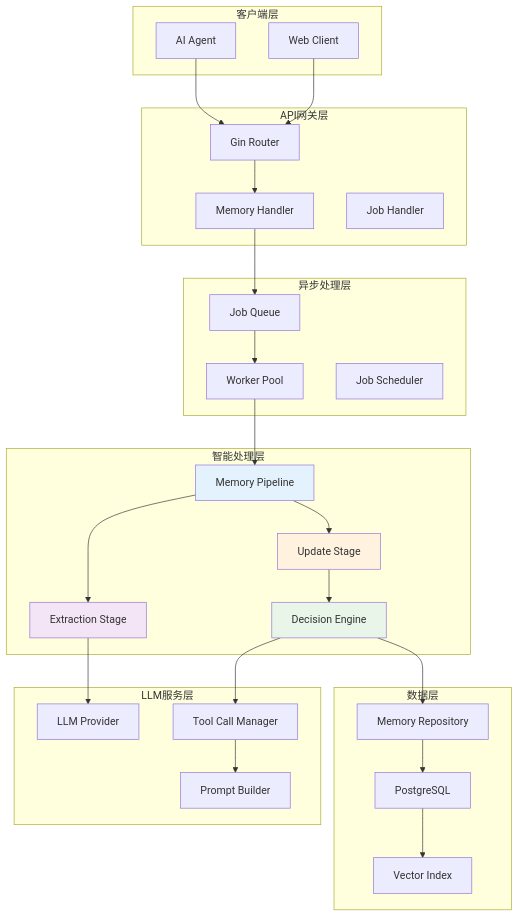
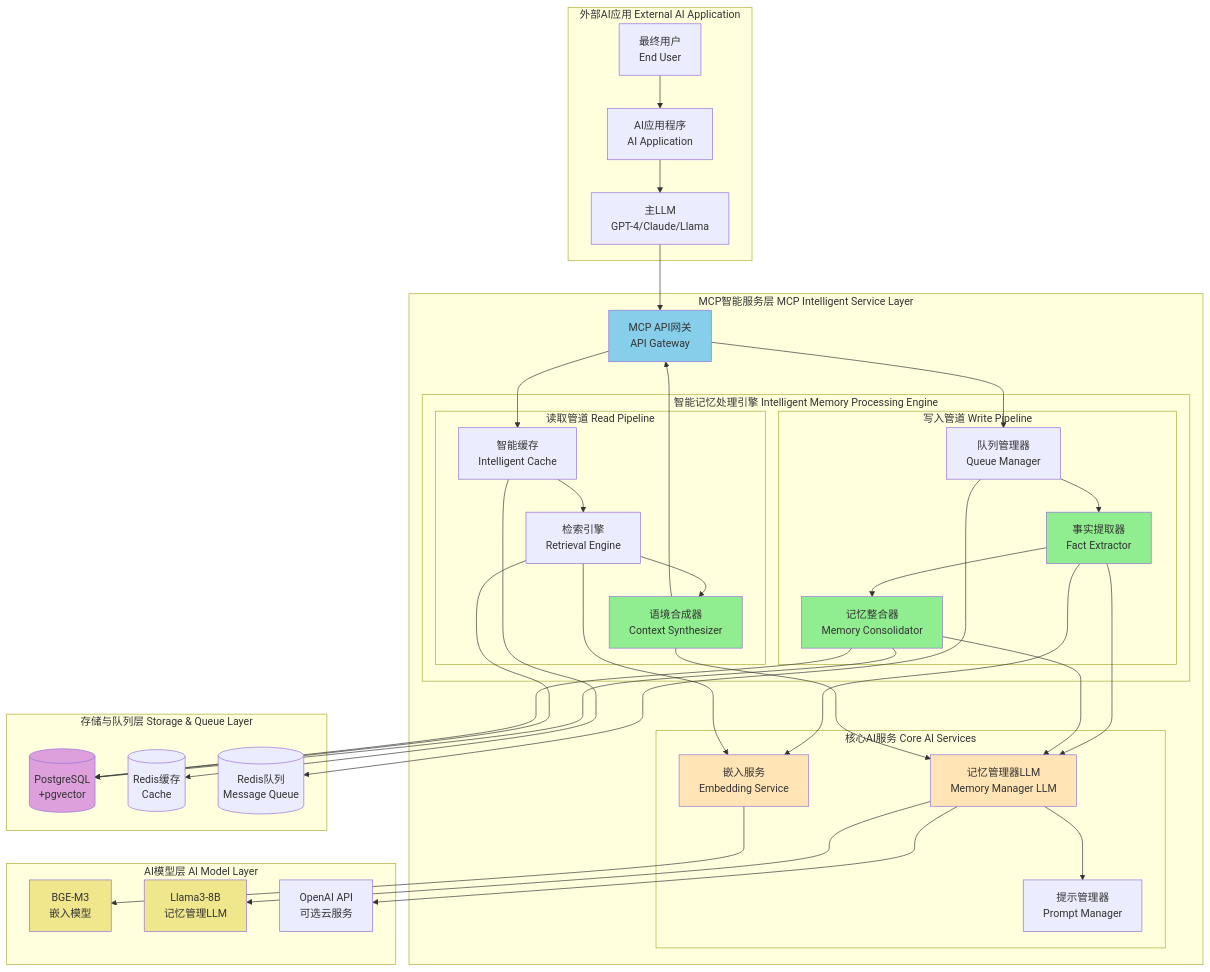
The diagram in docs/stage2-intelligent-design.md (tClown11/mem-bank), drawn with Mermaid before and after one commit. The commit also changed other lines of this file and 18 other files, not shown here.

````diff
--- a/docs/stage2-intelligent-design.md
+++ b/docs/stage2-intelligent-design.md
@@ -42,59 +19,91 @@
 ```mermaid
 graph TB
-    subgraph "客户端层"
-        A[AI Agent]
-        B[Web Client]
+    subgraph "外部AI应用 External AI Application"
+        APP[AI应用程序<br/>AI Application]
+        MAIN_LLM[主LLM<br/>GPT-4/Claude/Llama]
+        USER[最终用户<br/>End User]
     end
     
-    subgraph "API网关层"
-        C[Gin Router]
-        D[Memory Handler]
-        E[Job Handler]
+    subgraph "MCP智能服务层 MCP Intelligent Service Layer"
+        API[MCP API网关<br/>API Gateway]
+        
+        subgraph "智能记忆处理引擎 Intelligent Memory Processing Engine"
+            subgraph "写入管道 Write Pipeline"
+                FE[事实提取器<br/>Fact Extractor]
+                CON[记忆整合器<br/>Memory Consolidator]
+                QM[队列管理器<br/>Queue Manager]
+            end
+            
+            subgraph "读取管道 Read Pipeline"
+                RE[检索引擎<br/>Retrieval Engine]
+                CS[语境合成器<br/>Context Synthesizer]
+                CACHE[智能缓存<br/>Intelligent Cache]
+            end
+        end
+        
+        subgraph "核心AI服务 Core AI Services"
+            LLM_MGR[记忆管理器LLM<br/>Memory Manager LLM]
+            EMBED_SVC[嵌入服务<br/>Embedding Service]
+            PROMPT_MGR[提示管理器<br/>Prompt Manager]
+        end
     end
     
-    subgraph "异步处理层"
-        F[Job Queue]
-        G[Worker Pool]
-        H[Job Scheduler]
+    subgraph "存储与队列层 Storage & Queue Layer"
+        PG[(PostgreSQL<br/>+pgvector)]
+        REDIS_CACHE[(Redis缓存<br/>Cache)]
+        REDIS_QUEUE[(Redis队列<br/>Message Queue)]
     end
     
-    subgraph "智能处理层"
-        I[Memory Pipeline]
-        J[Extraction Stage]
-        K[Update Stage]
-        L[Decision Engine]
+    subgraph "AI模型层 AI Model Layer"
+        BGE[BGE-M3<br/>嵌入模型]
+        LLAMA[Llama3-8B<br/>记忆管理LLM]
+        OPENAI[OpenAI API<br/>可选云服务]
     end
     
-    subgraph "LLM服务层"
-        M[LLM Provider]
-        N[Tool Call Manager]
-        O[Prompt Builder]
-    end
+    %% 外部应用调用流
+    USER --> APP
+    APP --> MAIN_LLM
+    MAIN_LLM --> API
     
-    subgraph "数据层"
-        P[Memory Repository]
-        Q[PostgreSQL]
-        R[Vector Index]
-    end
+    %% 写入流程
+    API --> QM
+    QM --> FE
+    FE --> CON
+    CON --> PG
     
-    A --> C
-    B --> C
-    C --> D
-    D --> F
-    F --> G
-    G --> I
-    I --> J
-    I --> K
-    J --> M
-    K --> L
-    L --> N
-    N --> O
-    L --> P
-    P --> Q
-    Q --> R
+    %% 读取流程  
+    API --> CACHE
+    CACHE --> RE
+    RE --> CS
+    CS --> API
     
-    style I fill:#e3f2fd
-    style J fill:#f3e5f5
-    style K fill:#fff3e0
-    style L fill:#e8f5e8
+    %% AI服务调用
+    FE --> LLM_MGR
+    CON --> LLM_MGR  
+    CS --> LLM_MGR
+    FE --> EMBED_SVC
+    RE --> EMBED_SVC
+    LLM_MGR --> PROMPT_MGR
+    
+    %% 存储访问
+    RE --> PG
+    CON --> PG
+    CACHE --> REDIS_CACHE
+    QM --> REDIS_QUEUE
+    
+    %% 模型服务
+    EMBED_SVC --> BGE
+    LLM_MGR --> LLAMA
+    LLM_MGR --> OPENAI
+    
+    %% 样式设置
+    style API fill:#87CEEB
+    style FE fill:#90EE90
+    style CON fill:#90EE90
+    style CS fill:#90EE90
+    style LLM_MGR fill:#FFE4B5
+    style EMBED_SVC fill:#FFE4B5
+    style PG fill:#DDA0DD
+    style BGE fill:#F0E68C
+    style LLAMA fill:#F0E68C
 ```
````
